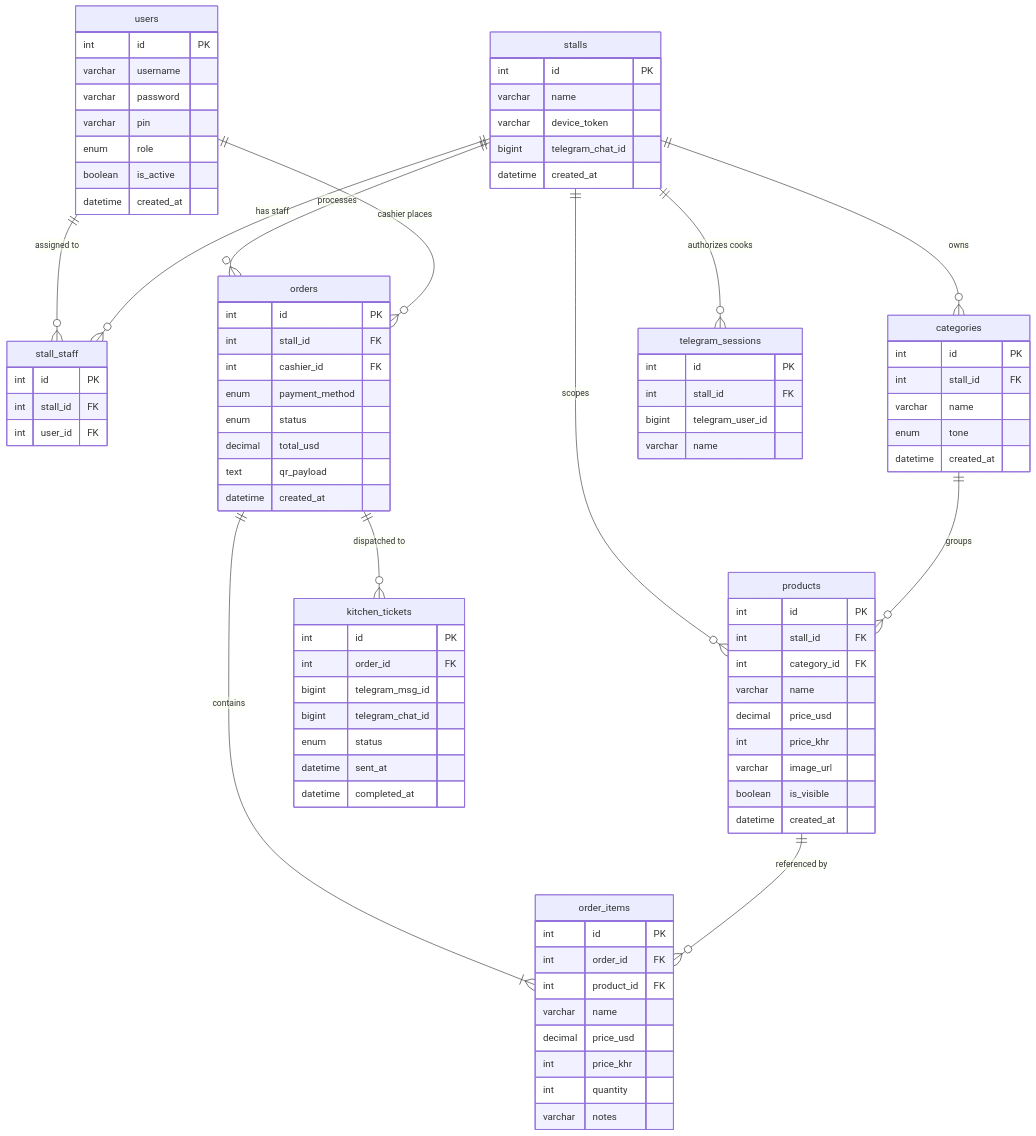
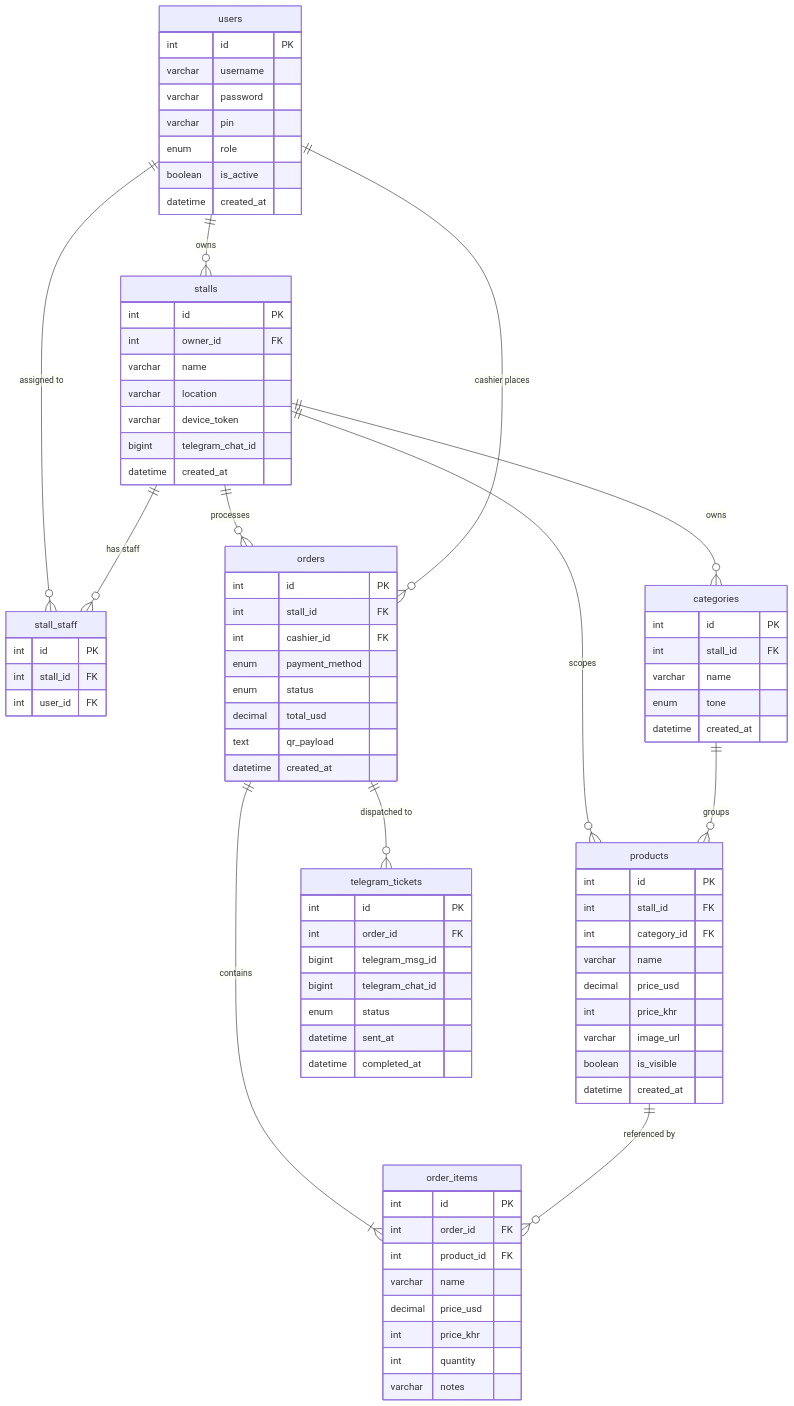
Before and after one commit to sothyvan/TOUB_POS: the diagram in docs/database/erd.md, drawn with Mermaid. The commit also changed other lines of this file and 13 other files, not shown here.

````diff
--- a/docs/database/erd.md
+++ b/docs/database/erd.md
@@ -14,7 +14,9 @@
 
     stalls {
         int id PK
+        int owner_id FK
         varchar name
+        varchar location
         varchar device_token
         bigint telegram_chat_id
         datetime created_at
@@ -68,14 +70,7 @@
         varchar notes
     }
 
-    telegram_sessions {
-        int id PK
-        int stall_id FK
-        bigint telegram_user_id
-        varchar name
-    }
-
-    kitchen_tickets {
+    telegram_tickets {
         int           id               PK
         int           order_id         FK  
         bigint        telegram_msg_id      
@@ -85,15 +80,15 @@
         datetime      completed_at         
     }
 
+    users         ||--o{ stalls            : "owns"
     users         ||--o{ stall_staff       : "assigned to"
     stalls        ||--o{ stall_staff       : "has staff"
     stalls        ||--o{ categories        : "owns"
     stalls        ||--o{ products          : "scopes"
     stalls        ||--o{ orders            : "processes"
-    stalls        ||--o{ telegram_sessions : "authorizes cooks"
     categories    ||--o{ products          : "groups"
     users         ||--o{ orders            : "cashier places"
     orders        ||--|{ order_items       : "contains"
     products      ||--o{ order_items       : "referenced by"
-    orders        ||--o{ kitchen_tickets   : "dispatched to"
+    orders        ||--o{ telegram_tickets  : "dispatched to"
 ```
````
